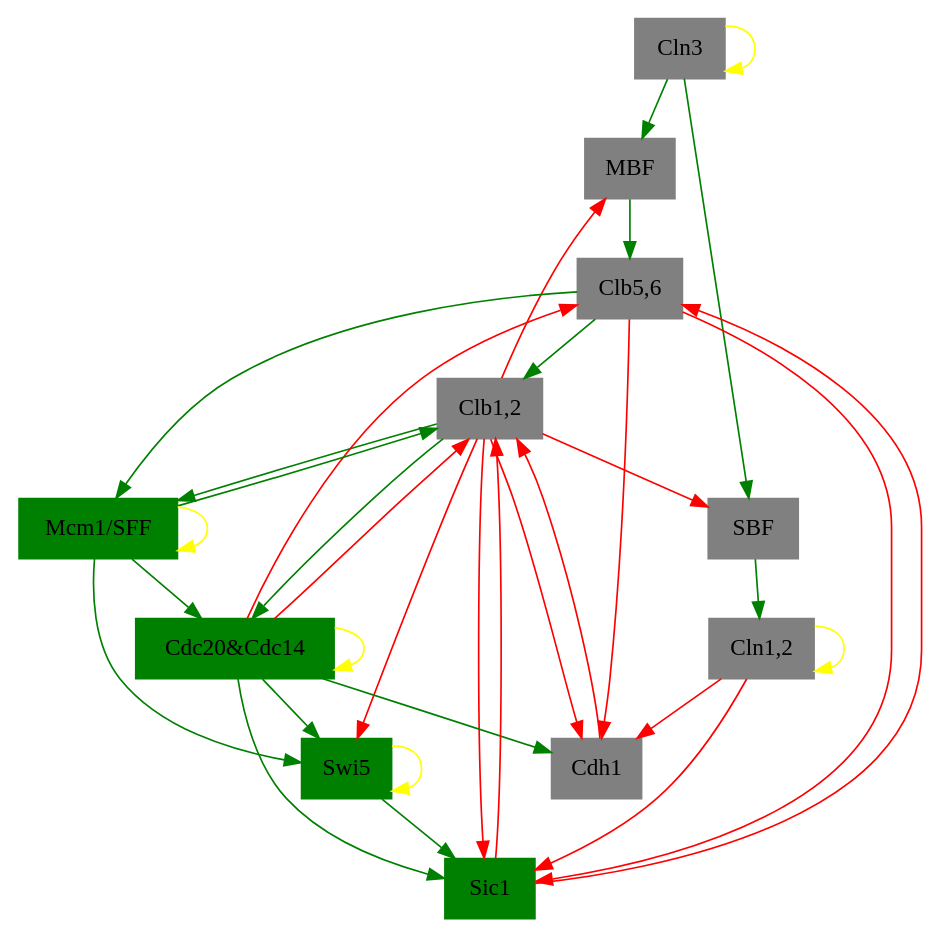
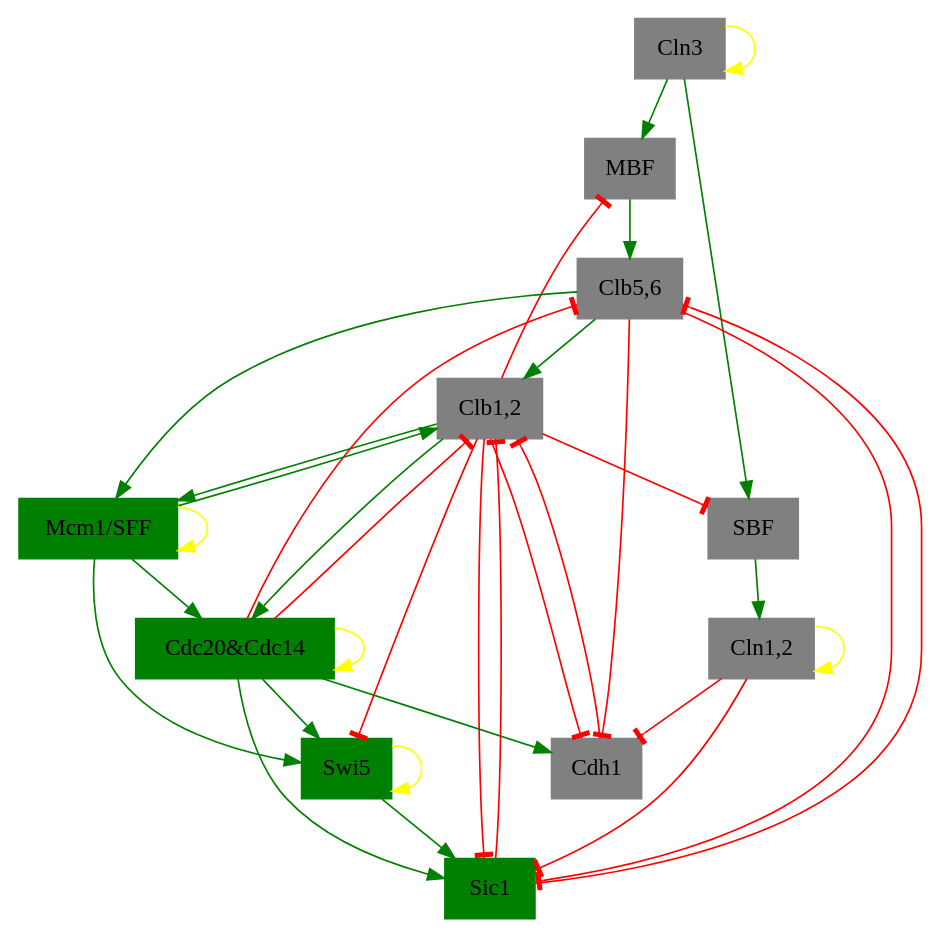
The diagram in temporal/10.gv (ellaqezi/cellCycle), drawn with Graphviz before and after one commit. The commit also changed 31 other files, not shown here.

```diff
--- a/temporal/10.gv
+++ b/temporal/10.gv
@@ -1,70 +1,70 @@
-digraph 00000110101  {
+digraph "00000110101"  {
 "Cln3" [shape=box, color=gray, style=filled];
-	edge [color=yellow]; 
+	edge [color=yellow, arrowhead=normal]; 
 	"Cln3" -> "Cln3";
 "MBF" [shape=box, color=gray, style=filled];
-	edge [color=green]; 
+	edge [color=green, arrowhead=normal]; 
 	"Cln3" -> "MBF";
-	edge [color=red]; 
+	edge [color=red, arrowhead=tee]; 
 	"Clb1,2" -> "MBF";
 "SBF" [shape=box, color=gray, style=filled];
-	edge [color=green]; 
+	edge [color=green, arrowhead=normal]; 
 	"Cln3" -> "SBF";
-	edge [color=red]; 
+	edge [color=red, arrowhead=tee]; 
 	"Clb1,2" -> "SBF";
 "Cln1,2" [shape=box, color=gray, style=filled];
-	edge [color=yellow]; 
+	edge [color=yellow, arrowhead=normal]; 
 	"Cln1,2" -> "Cln1,2";
-	edge [color=green]; 
+	edge [color=green, arrowhead=normal]; 
 	"SBF" -> "Cln1,2";
 "Cdh1" [shape=box, color=gray, style=filled];
-	edge [color=green]; 
+	edge [color=green, arrowhead=normal]; 
 	"Cdc20&Cdc14" -> "Cdh1";
-	edge [color=red]; 
+	edge [color=red, arrowhead=tee]; 
 	"Clb1,2" -> "Cdh1";
 	"Clb5,6" -> "Cdh1";
 	"Cln1,2" -> "Cdh1";
 "Swi5" [shape=box, color=green, style=filled];
-	edge [color=yellow]; 
+	edge [color=yellow, arrowhead=normal]; 
 	"Swi5" -> "Swi5";
-	edge [color=green]; 
+	edge [color=green, arrowhead=normal]; 
 	"Cdc20&Cdc14" -> "Swi5";
 	"Mcm1/SFF" -> "Swi5";
-	edge [color=red]; 
+	edge [color=red, arrowhead=tee]; 
 	"Clb1,2" -> "Swi5";
 "Cdc20&Cdc14" [shape=box, color=green, style=filled];
-	edge [color=yellow]; 
+	edge [color=yellow, arrowhead=normal]; 
 	"Cdc20&Cdc14" -> "Cdc20&Cdc14";
-	edge [color=green]; 
+	edge [color=green, arrowhead=normal]; 
 	"Clb1,2" -> "Cdc20&Cdc14";
 	"Mcm1/SFF" -> "Cdc20&Cdc14";
 "Clb5,6" [shape=box, color=gray, style=filled];
-	edge [color=green]; 
+	edge [color=green, arrowhead=normal]; 
 	"MBF" -> "Clb5,6";
-	edge [color=red]; 
+	edge [color=red, arrowhead=tee]; 
 	"Cdc20&Cdc14" -> "Clb5,6";
 	"Sic1" -> "Clb5,6";
 "Sic1" [shape=box, color=green, style=filled];
-	edge [color=green]; 
+	edge [color=green, arrowhead=normal]; 
 	"Cdc20&Cdc14" -> "Sic1";
 	"Swi5" -> "Sic1";
-	edge [color=red]; 
+	edge [color=red, arrowhead=tee]; 
 	"Clb1,2" -> "Sic1";
 	"Clb5,6" -> "Sic1";
 	"Cln1,2" -> "Sic1";
 "Clb1,2" [shape=box, color=gray, style=filled];
-	edge [color=green]; 
+	edge [color=green, arrowhead=normal]; 
 	"Clb5,6" -> "Clb1,2";
 	"Mcm1/SFF" -> "Clb1,2";
-	edge [color=red]; 
+	edge [color=red, arrowhead=tee]; 
 	"Cdc20&Cdc14" -> "Clb1,2";
 	"Cdh1" -> "Clb1,2";
 	"Sic1" -> "Clb1,2";
 "Mcm1/SFF" [shape=box, color=green, style=filled];
-	edge [color=yellow]; 
+	edge [color=yellow, arrowhead=normal]; 
 	"Mcm1/SFF" -> "Mcm1/SFF";
-	edge [color=green]; 
+	edge [color=green, arrowhead=normal]; 
 	"Clb1,2" -> "Mcm1/SFF";
 	"Clb5,6" -> "Mcm1/SFF";
 
 }
```
